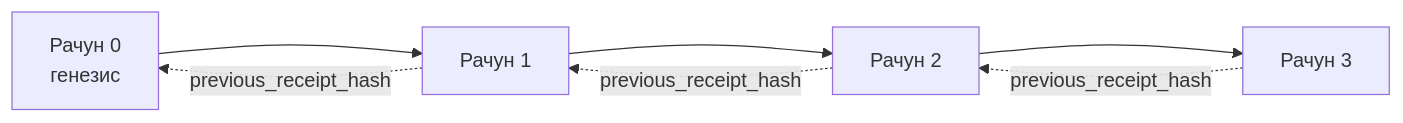
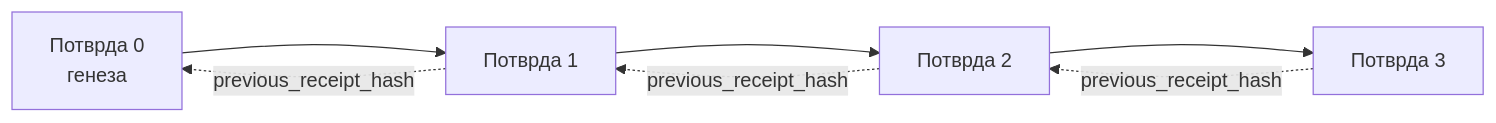
The second of 2 diagrams in translations/sr/18-securing-ai-agents/README.md (microsoft/ai-agents-for-beginners), drawn with Mermaid before and after one commit. The commit also changed other lines of this file and 223 other files, not shown here.

````diff
--- a/translations/sr/18-securing-ai-agents/README.md
+++ b/translations/sr/18-securing-ai-agents/README.md
@@ -206,9 +206,9 @@
 ```mermaid
 flowchart LR
-    R0[Рачун 0<br/>генезис] --> R1[Рачун 1]
-    R1 --> R2[Рачун 2]
-    R2 --> R3[Рачун 3]
+    R0[Потврда 0<br/>генеза] --> R1[Потврда 1]
+    R1 --> R2[Потврда 2]
+    R2 --> R3[Потврда 3]
     R1 -. previous_receipt_hash .-> R0
     R2 -. previous_receipt_hash .-> R1
     R3 -. previous_receipt_hash .-> R2
 ```
````
